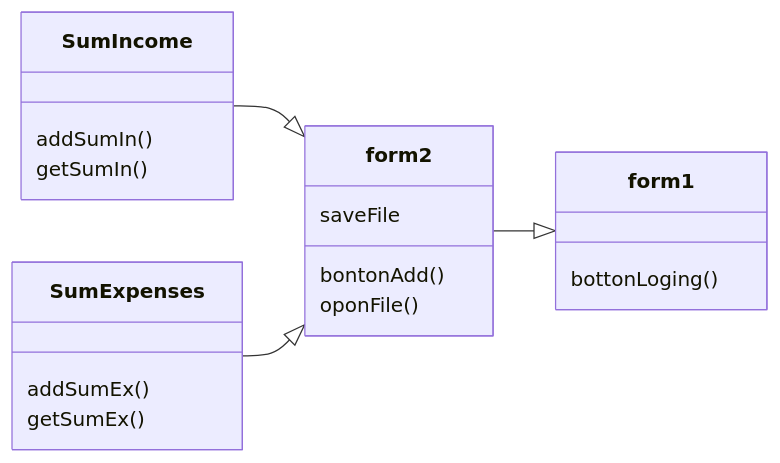
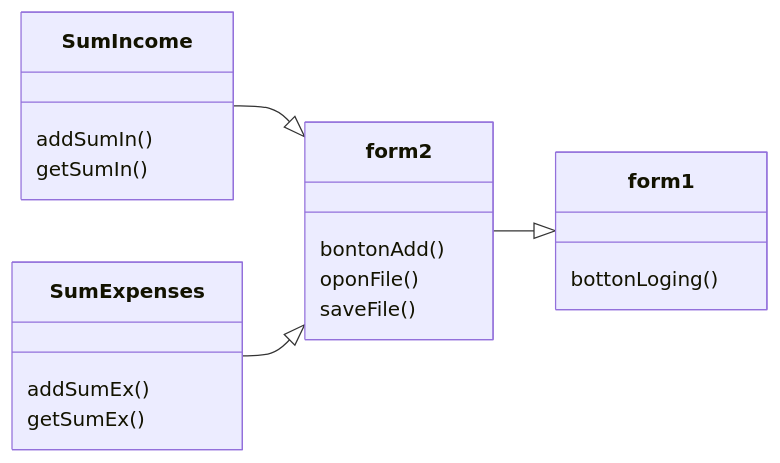
One commit to Naphapilan/Final-Project changed the diagram in README.md. Above: the diagram before and after it, drawn with Mermaid.

````diff
--- a/README.md
+++ b/README.md
@@ -12,23 +12,23 @@
 ```mermaid
 classDiagram
   direction LR
   class form1{
   bottonLoging()
   }
   class form2{
   bontonAdd()
   oponFile()
-  saveFile
+  saveFile()
   }
   class SumIncome{
   addSumIn()
   getSumIn()
   }
   class SumExpenses{
   addSumEx()
   getSumEx()
   }
   form2 --|> form1
   SumIncome --|> form2
   SumExpenses --|> form2
 ```
````
